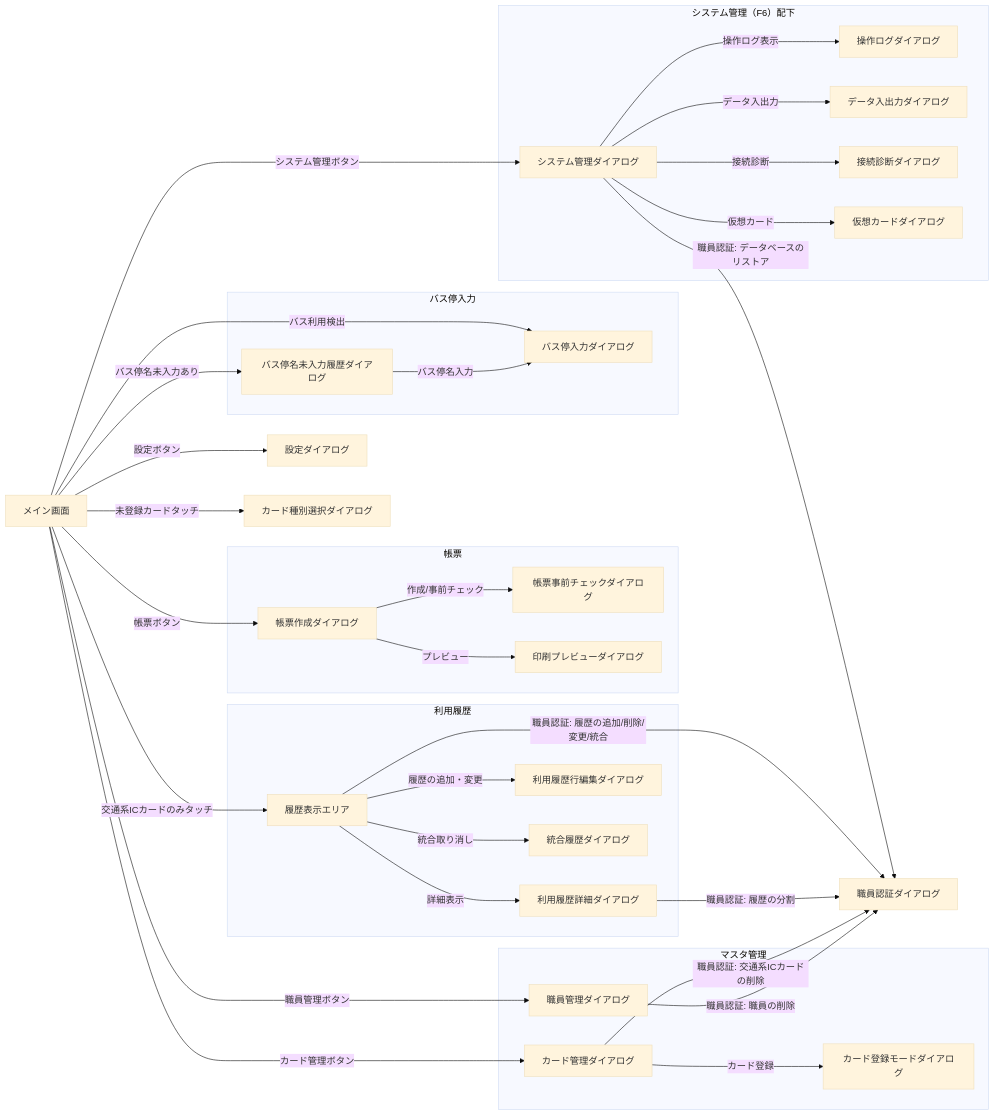
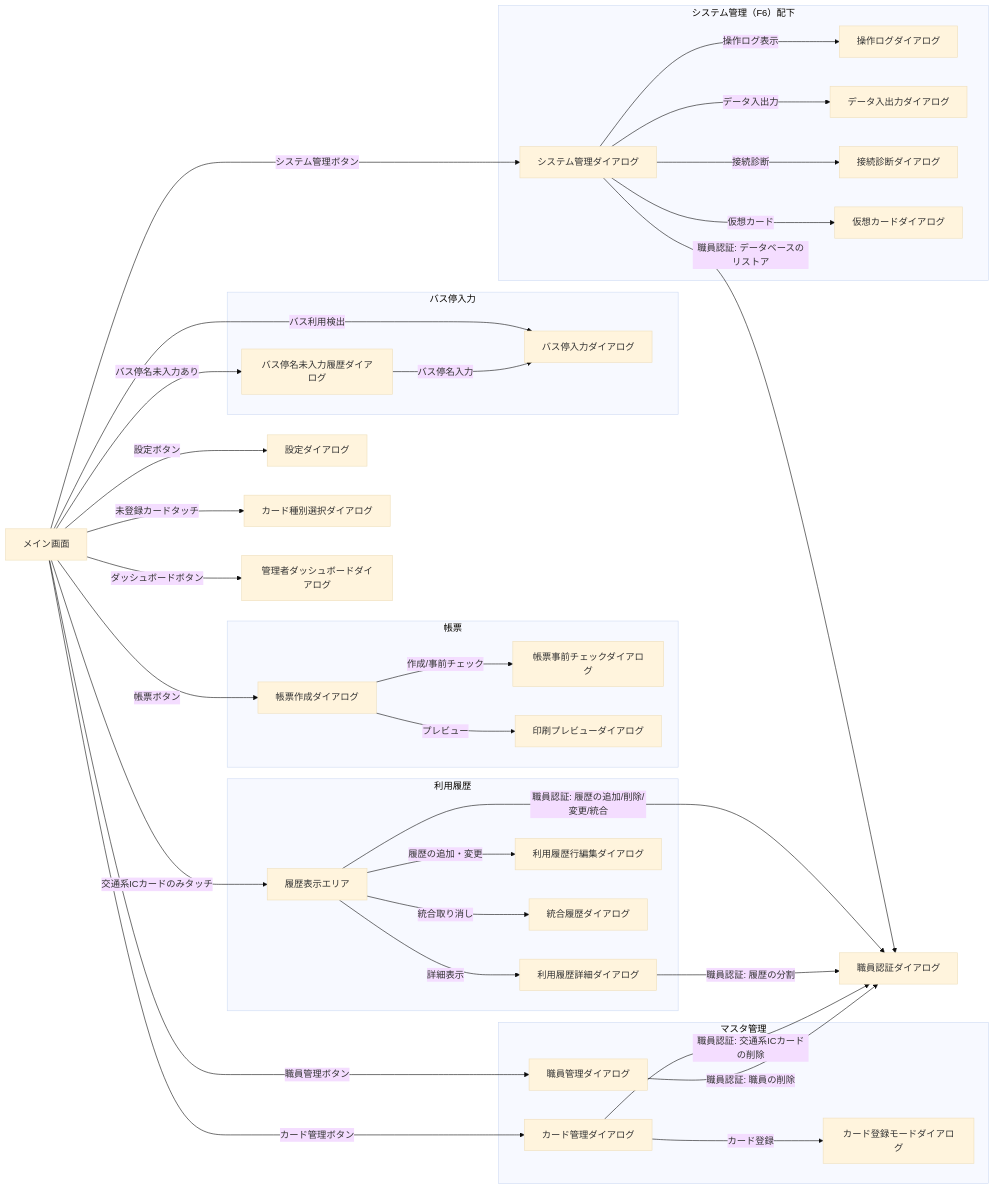
One commit to kuwayamamasayuki/ICCardManager changed the first of 2 diagrams in ICCardManager/docs/design/03_画面設計書.md. Above: the diagram before and after it, drawn with Mermaid (base theme). The commit also changed other lines of this file and 38 other files, not shown here.

````diff
--- a/ICCardManager/docs/design/03_画面設計書.md
+++ b/ICCardManager/docs/design/03_画面設計書.md
@@ -18,67 +18,69 @@
 ```mermaid
 graph LR
     MAIN[メイン画面]
     SETTINGS[設定ダイアログ]
     CARDTYPE[カード種別選択ダイアログ]
     STAFFAUTH[職員認証ダイアログ]
+    ADMINDASH[管理者ダッシュボードダイアログ]
 
     subgraph SG_MASTER[マスタ管理]
         STAFF[職員管理ダイアログ]
         CARD[カード管理ダイアログ]
         CARDREGMODE[カード登録モードダイアログ]
     end
 
     subgraph SG_HISTORY[利用履歴]
         HISTORY[履歴表示エリア]
         LEDGERDETAIL[利用履歴詳細ダイアログ]
         LEDGERROWEDIT[利用履歴行編集ダイアログ]
         MERGEHIST[統合履歴ダイアログ]
     end
 
     subgraph SG_REPORT[帳票]
         REPORT[帳票作成ダイアログ]
         PREFLIGHT[帳票事前チェックダイアログ]
         PREVIEW[印刷プレビューダイアログ]
     end
 
     subgraph SG_BUSSTOP[バス停入力]
         BUSSTOP[バス停入力ダイアログ]
         INCBUSSTOP[バス停名未入力履歴ダイアログ]
     end
 
     subgraph SG_SYSTEM[システム管理（F6）配下]
         SYSMGMT[システム管理ダイアログ]
         OPLOG[操作ログダイアログ]
         DATAEXIMP[データ入出力ダイアログ]
         DIAG[接続診断ダイアログ]
         VIRTUALCARD[仮想カードダイアログ]
     end
 
     MAIN -->|職員管理ボタン| STAFF
     MAIN -->|カード管理ボタン| CARD
     MAIN -->|設定ボタン| SETTINGS
     MAIN -->|帳票ボタン| REPORT
     MAIN -->|システム管理ボタン| SYSMGMT
+    MAIN -->|ダッシュボードボタン| ADMINDASH
     MAIN -->|交通系ICカードのみタッチ| HISTORY
     MAIN -->|バス利用検出| BUSSTOP
     MAIN -->|未登録カードタッチ| CARDTYPE
     MAIN -->|バス停名未入力あり| INCBUSSTOP
 
     CARD -->|カード登録| CARDREGMODE
     HISTORY -->|詳細表示| LEDGERDETAIL
     HISTORY -->|履歴の追加・変更| LEDGERROWEDIT
     HISTORY -->|統合取り消し| MERGEHIST
     REPORT -->|作成/事前チェック| PREFLIGHT
     REPORT -->|プレビュー| PREVIEW
     INCBUSSTOP -->|バス停名入力| BUSSTOP
     SYSMGMT -->|操作ログ表示| OPLOG
     SYSMGMT -->|データ入出力| DATAEXIMP
     SYSMGMT -->|接続診断| DIAG
     SYSMGMT -->|仮想カード| VIRTUALCARD
 
     CARD -->|職員認証: 交通系ICカードの削除| STAFFAUTH
     STAFF -->|職員認証: 職員の削除| STAFFAUTH
     HISTORY -->|職員認証: 履歴の追加/削除/変更/統合| STAFFAUTH
     LEDGERDETAIL -->|職員認証: 履歴の分割| STAFFAUTH
     SYSMGMT -->|職員認証: データベースのリストア| STAFFAUTH
 ```
````
